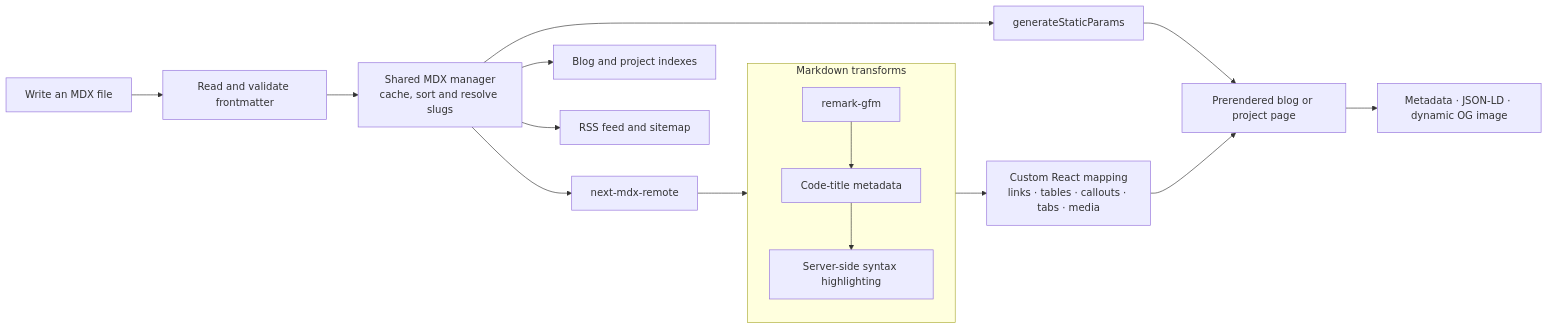
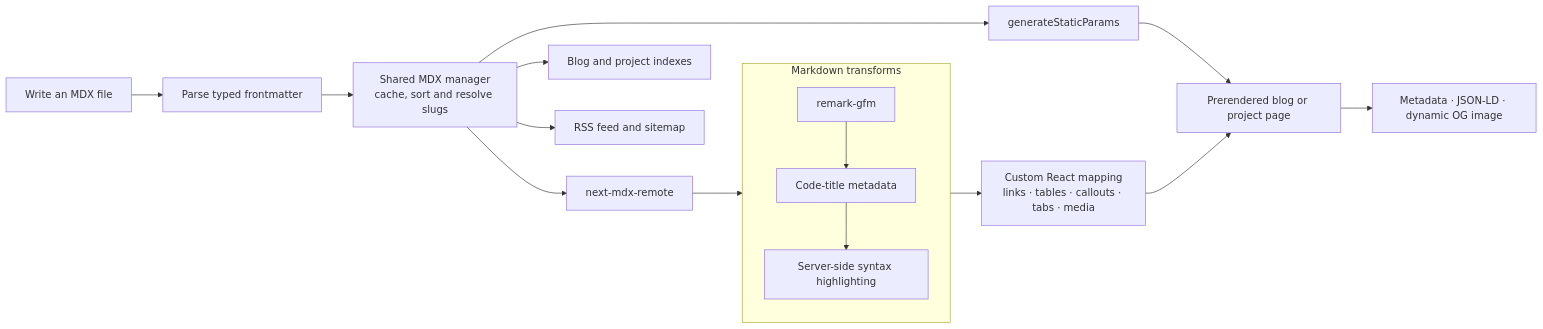
Before and after one commit to akasewang/akasewang.me: the second of 3 diagrams in README.md, drawn with Mermaid. The commit also changed other lines of this file and 336 other files, not shown here.

First line of the commit message:
Massive architectural overhaul: UI, layouts, data models and tooling

````diff
--- a/README.md
+++ b/README.md
@@ -93,22 +93,22 @@
 ```mermaid
 flowchart LR
-  AUTHOR["Write an MDX file"] --> FRONTMATTER["Read and validate frontmatter"]
+  AUTHOR["Write an MDX file"] --> FRONTMATTER["Parse typed frontmatter"]
   FRONTMATTER --> MANAGER["Shared MDX manager<br/>cache, sort and resolve slugs"]
   MANAGER --> PARAMS["generateStaticParams"]
   MANAGER --> COMPILE["next-mdx-remote"]
 
   subgraph transforms["Markdown transforms"]
     direction TB
     GFM["remark-gfm"] --> META["Code-title metadata"]
     META --> HIGHLIGHT["Server-side syntax highlighting"]
   end
 
   COMPILE --> GFM
   HIGHLIGHT --> COMPONENTS["Custom React mapping<br/>links · tables · callouts · tabs · media"]
   PARAMS --> PAGE["Prerendered blog or project page"]
   COMPONENTS --> PAGE
 
   MANAGER --> LISTS["Blog and project indexes"]
   MANAGER --> DISCOVERY["RSS feed and sitemap"]
   PAGE --> SEO["Metadata · JSON-LD · dynamic OG image"]
 ```
````
